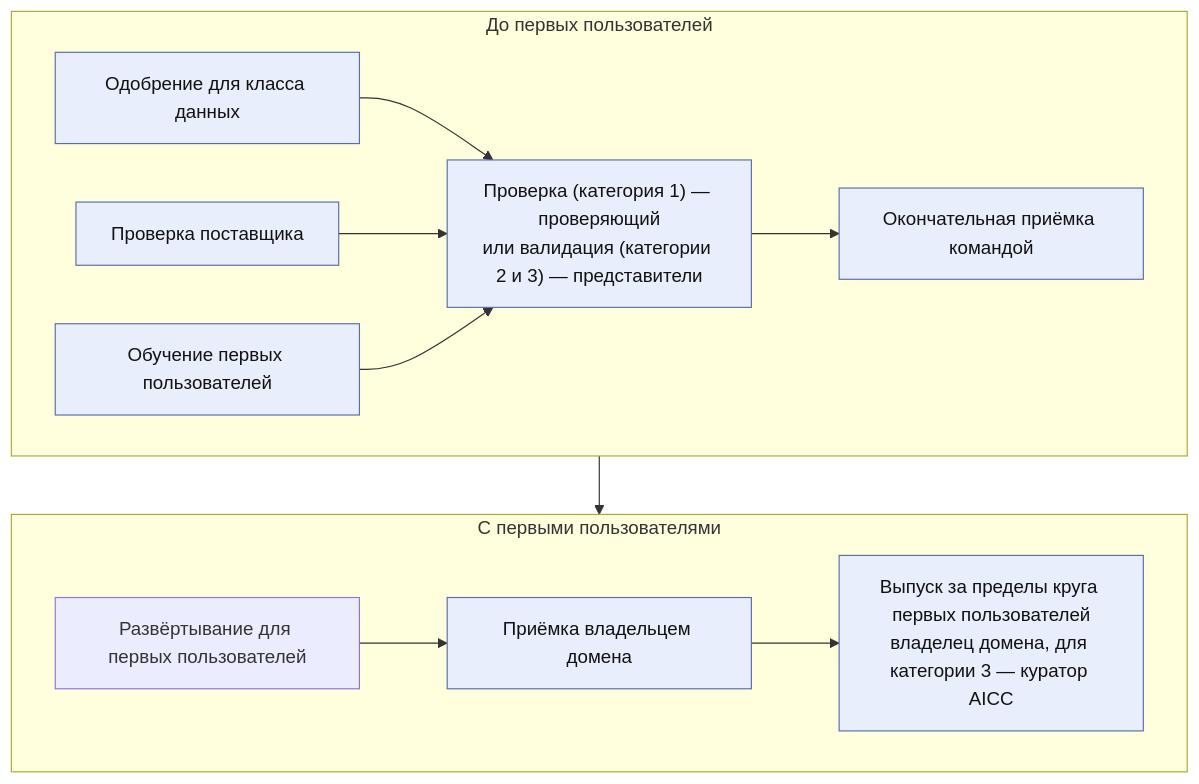
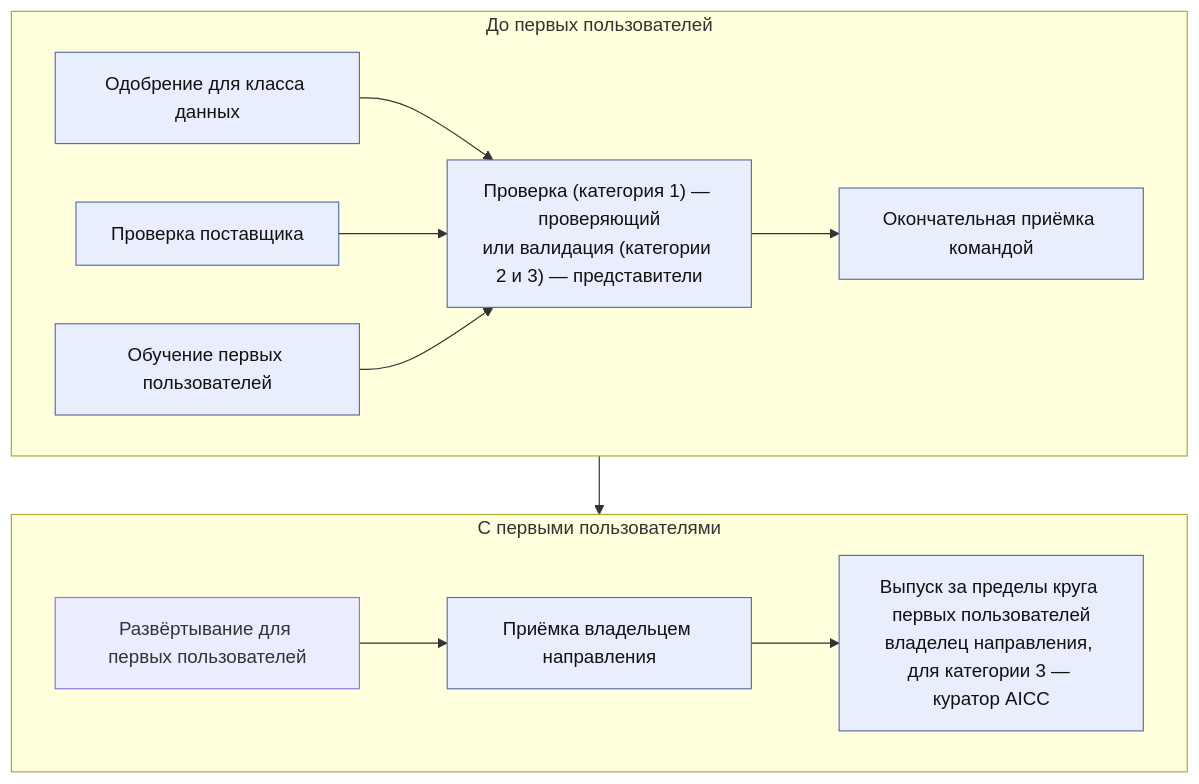
The second of 3 diagrams in charter/ru/workflows/ai-risk-control.md (devhogu/ob-aicc), drawn with Mermaid before and after one commit. The commit also changed other lines of this file and 290 other files, not shown here.

First line of the commit message:
Russian edition: Domain is «направление» (владелец направления, эксперт направления); Strategic Priority 3 is «AI в работе направлений Банка»

````diff
--- a/charter/ru/workflows/ai-risk-control.md
+++ b/charter/ru/workflows/ai-risk-control.md
@@ -45,17 +45,17 @@
 ```mermaid
 flowchart TB
   subgraph BEFORE["До первых пользователей"]
     direction LR
     G1["Одобрение для класса данных"] --> G4
     G2["Проверка поставщика"] --> G4
     G3["Обучение первых пользователей"] --> G4
     G4["Проверка (категория 1) — проверяющий<br/>или валидация (категории 2 и 3) — представители"] --> G5["Окончательная приёмка командой"]
   end
   subgraph WITH["С первыми пользователями"]
     direction LR
-    D1["Развёртывание для первых пользователей"] --> G6["Приёмка владельцем домена"] --> G7["Выпуск за пределы круга первых пользователей<br/>владелец домена, для категории 3 — куратор AICC"]
+    D1["Развёртывание для первых пользователей"] --> G6["Приёмка владельцем направления"] --> G7["Выпуск за пределы круга первых пользователей<br/>владелец направления, для категории 3 — куратор AICC"]
   end
   BEFORE --> WITH
   classDef gate fill:#e8eefc,stroke:#5a6fa8,color:#111
   class G1,G2,G3,G4,G5,G6,G7 gate
 ```
````
